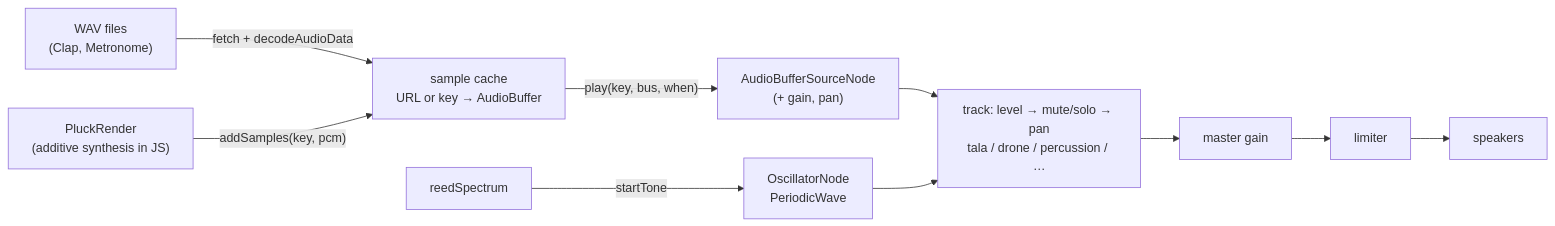
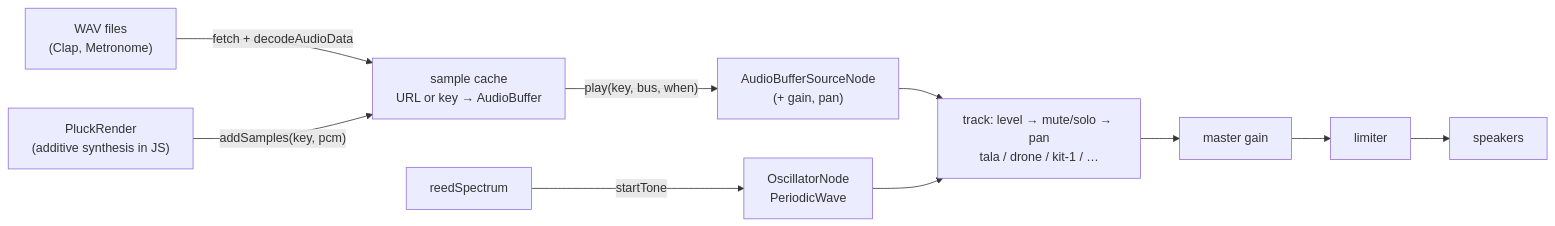
The second of 3 diagrams in docs/designs/architecture.md (panyam/thambura), drawn with Mermaid before and after one commit. The commit also changed other lines of this file and 18 other files, not shown here.

First line of the commit message:
A kit is a track: its strokes move out of PlayerPresenter (#97)

````diff
--- a/docs/designs/architecture.md
+++ b/docs/designs/architecture.md
@@ -51,10 +51,10 @@
 ```mermaid
 flowchart LR
   wav["WAV files<br/>(Clap, Metronome)"] -- "fetch + decodeAudioData" --> cache
   render["PluckRender<br/>(additive synthesis in JS)"] -- "addSamples(key, pcm)" --> cache
   cache["sample cache<br/>URL or key → AudioBuffer"] -- "play(key, bus, when)" --> src["AudioBufferSourceNode<br/>(+ gain, pan)"]
   spec["reedSpectrum"] -- "startTone" --> osc["OscillatorNode<br/>PeriodicWave"]
   src --> bus
   osc --> bus
-  bus["track: level → mute/solo → pan<br/>tala / drone / percussion / …"] --> master["master gain"] --> lim["limiter"] --> out["speakers"]
+  bus["track: level → mute/solo → pan<br/>tala / drone / kit-1 / …"] --> master["master gain"] --> lim["limiter"] --> out["speakers"]
 ```
````
